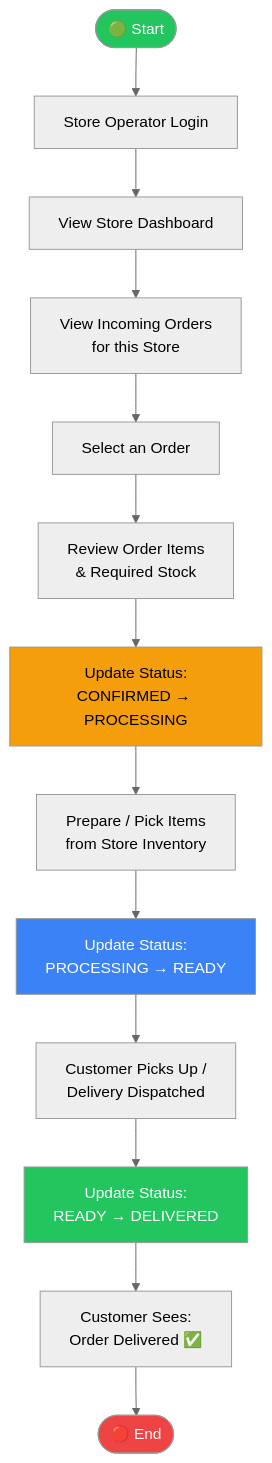
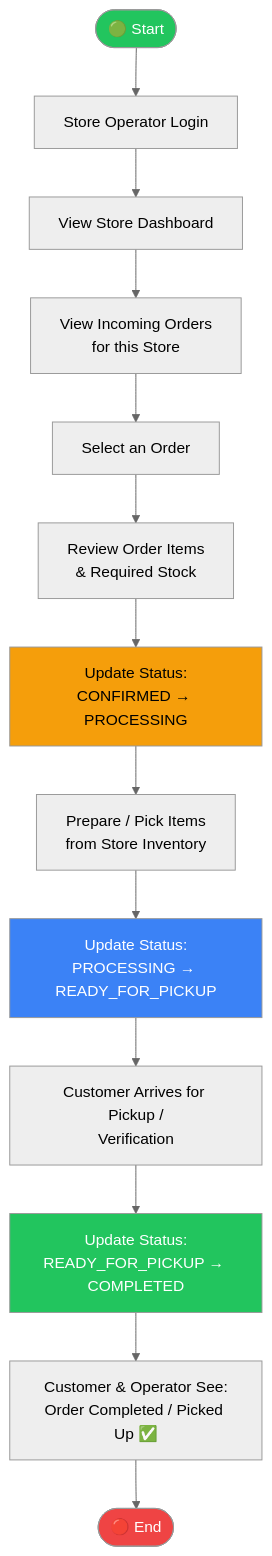
The second of 4 diagrams in docs/activity-diagram.md (VINEETH1425/NormalDocs), drawn with Mermaid (neutral theme) before and after one commit. The commit also changed other lines of this file and 1 other file, not shown here.

Commit message:
docs: synchronize class and activity diagrams with latest restock, updateProduct, and order status lifecycle

````diff
--- a/docs/activity-diagram.md
+++ b/docs/activity-diagram.md
@@ -71,23 +71,23 @@
 ```mermaid
 flowchart TD
     Start([🟢 Start]) --> Login[Store Operator Login]
     Login --> Dashboard[View Store Dashboard]
     Dashboard --> ViewOrders[View Incoming Orders\nfor this Store]
 
     ViewOrders --> SelectOrder[Select an Order]
     SelectOrder --> ReviewItems[Review Order Items\n& Required Stock]
 
     ReviewItems --> StartProcessing[Update Status:\nCONFIRMED → PROCESSING]
     StartProcessing --> PrepareItems[Prepare / Pick Items\nfrom Store Inventory]
-    PrepareItems --> MarkReady[Update Status:\nPROCESSING → READY]
-    MarkReady --> CustomerPickup[Customer Picks Up /\nDelivery Dispatched]
-    CustomerPickup --> MarkDelivered[Update Status:\nREADY → DELIVERED]
-    MarkDelivered --> NotifyCustomer[Customer Sees:\nOrder Delivered ✅]
+    PrepareItems --> MarkReady[Update Status:\nPROCESSING → READY_FOR_PICKUP]
+    MarkReady --> CustomerPickup[Customer Arrives for Pickup /\nVerification]
+    CustomerPickup --> MarkDelivered[Update Status:\nREADY_FOR_PICKUP → COMPLETED]
+    MarkDelivered --> NotifyCustomer[Customer & Operator See:\nOrder Completed / Picked Up ✅]
     NotifyCustomer --> End([🔴 End])
 
     style Start fill:#22c55e,color:#fff
     style End fill:#ef4444,color:#fff
     style StartProcessing fill:#f59e0b,color:#000
     style MarkReady fill:#3b82f6,color:#fff
     style MarkDelivered fill:#22c55e,color:#fff
 ```
````
